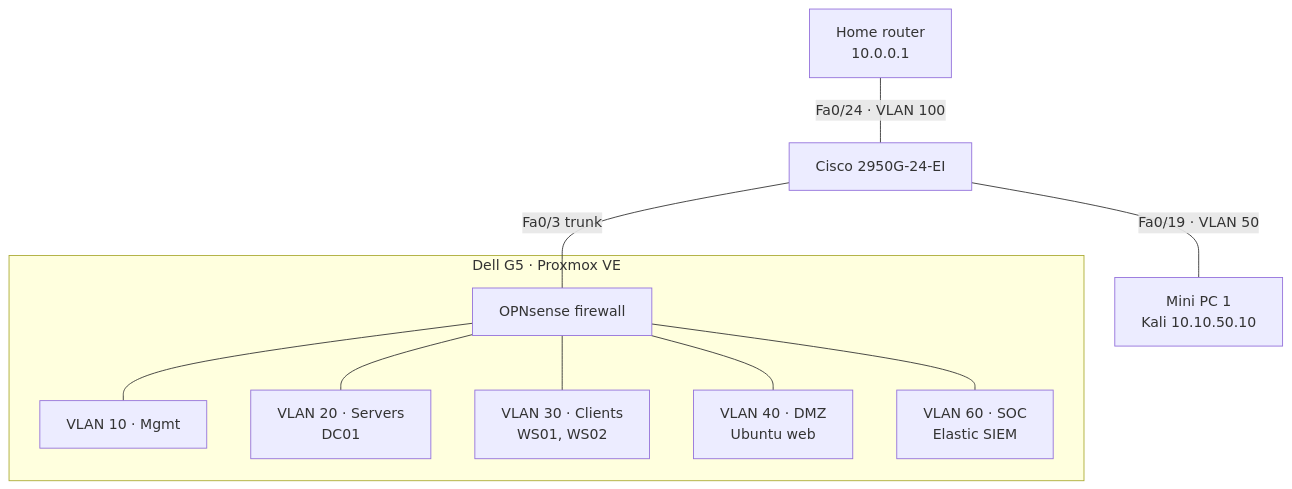
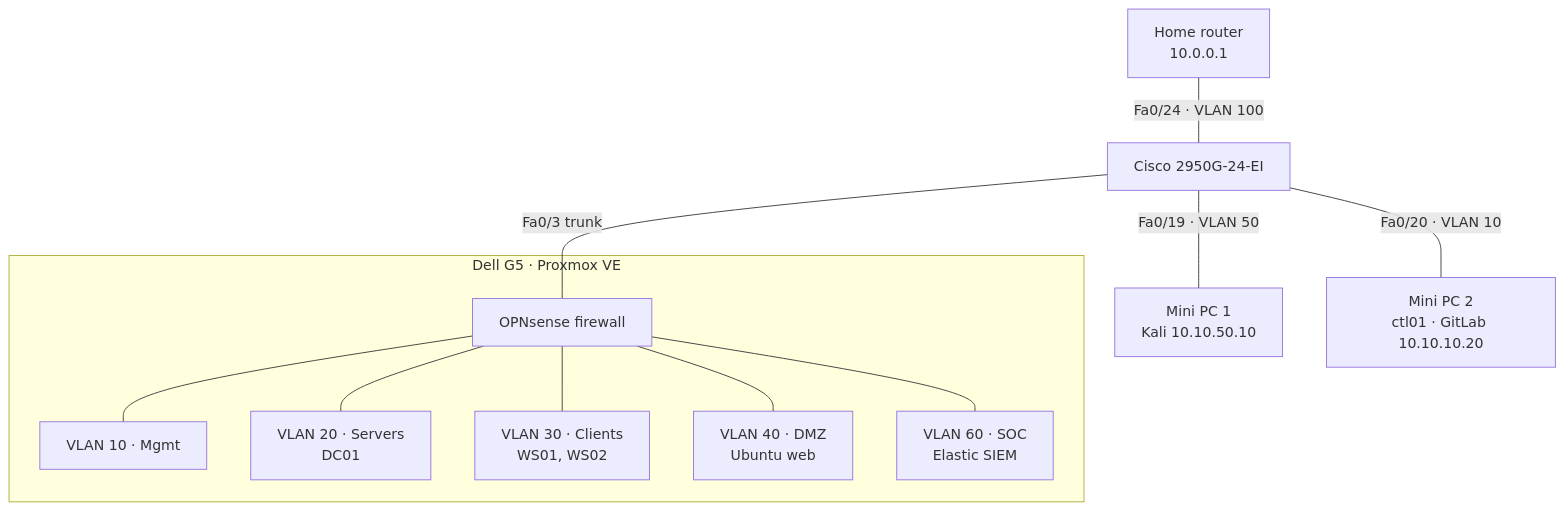
Before and after one commit to Elimartes15/detection-lab: the second of 2 diagrams in README.md, drawn with Mermaid. The commit also changed other lines of this file and 14 other files, not shown here.

Commit message:
2026-11-02: ctl01 + Gitlab CE, diagrams, CI/CD goals, Home

````diff
--- a/README.md
+++ b/README.md
@@ -24,14 +44,15 @@
 ```mermaid
 flowchart TB
     HR["Home router<br/>10.0.0.1"] ---|"Fa0/24 · VLAN 100"| SW["Cisco 2950G-24-EI"]
     SW ---|"Fa0/3 trunk"| OPN
     SW ---|"Fa0/19 · VLAN 50"| KALI["Mini PC 1<br/>Kali 10.10.50.10"]
+    SW ---|"Fa0/20 · VLAN 10"| CTL["Mini PC 2<br/>ctl01 · GitLab 10.10.10.20"]
     subgraph PVE["Dell G5 · Proxmox VE"]
         OPN["OPNsense firewall"]
         OPN --- MGMT["VLAN 10 · Mgmt"]
         OPN --- SRV["VLAN 20 · Servers<br/>DC01"]
         OPN --- CLI["VLAN 30 · Clients<br/>WS01, WS02"]
         OPN --- DMZ["VLAN 40 · DMZ<br/>Ubuntu web"]
         OPN --- SOC["VLAN 60 · SOC<br/>Elastic SIEM"]
     end
 ```
````
